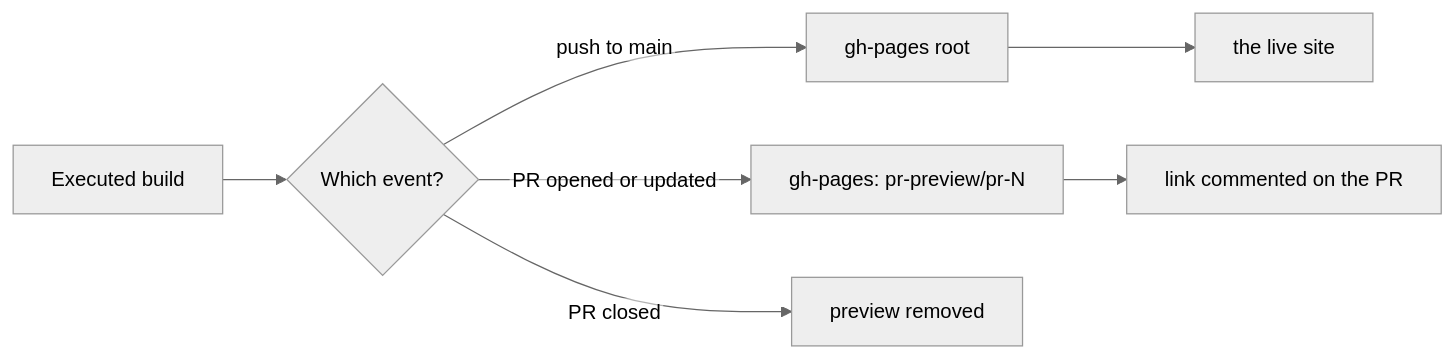
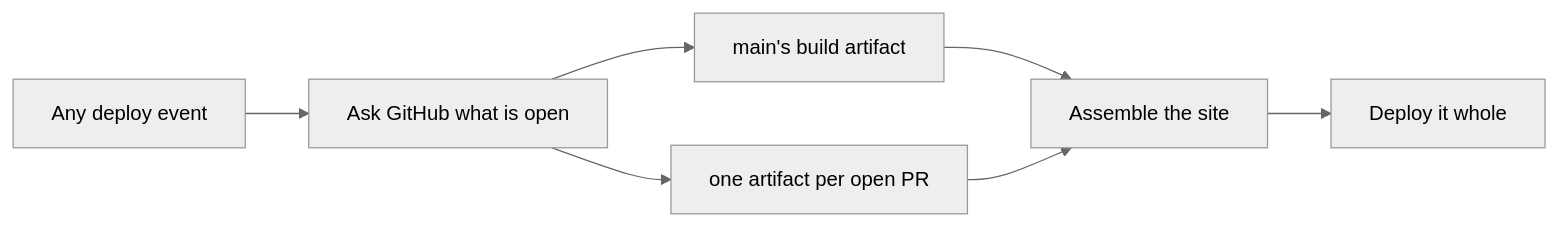
One commit to andrewendlinger/xmris changed the diagram in docs/diary/2026-07-25-docs-previews.md. Above: the diagram before and after it, drawn with Mermaid (neutral theme). The commit also changed other lines of this file and 2 other files, not shown here.

First line of the commit message:
ci: publish the docs site from workflow artifacts, not a committed branch (#142)

````diff
--- a/docs/diary/2026-07-25-docs-previews.md
+++ b/docs/diary/2026-07-25-docs-previews.md
@@ -26,10 +25,10 @@
 ```{mermaid}
 %%{init: {'flowchart': {'htmlLabels': false}}}%%
 flowchart LR
-    B["Executed build"] --> P{"Which event?"}
-    P -->|"push to main"| R["gh-pages root"]
-    P -->|"PR opened or updated"| V["gh-pages: pr-preview/pr-N"]
-    P -->|"PR closed"| X["preview removed"]
-    R --> S["the live site"]
-    V --> C["link commented on the PR"]
+    E["Any deploy event"] --> Q["Ask GitHub what is open"]
+    Q --> M["main's build artifact"]
+    Q --> P["one artifact per open PR"]
+    M --> A["Assemble the site"]
+    P --> A
+    A --> D["Deploy it whole"]
 ```
````
